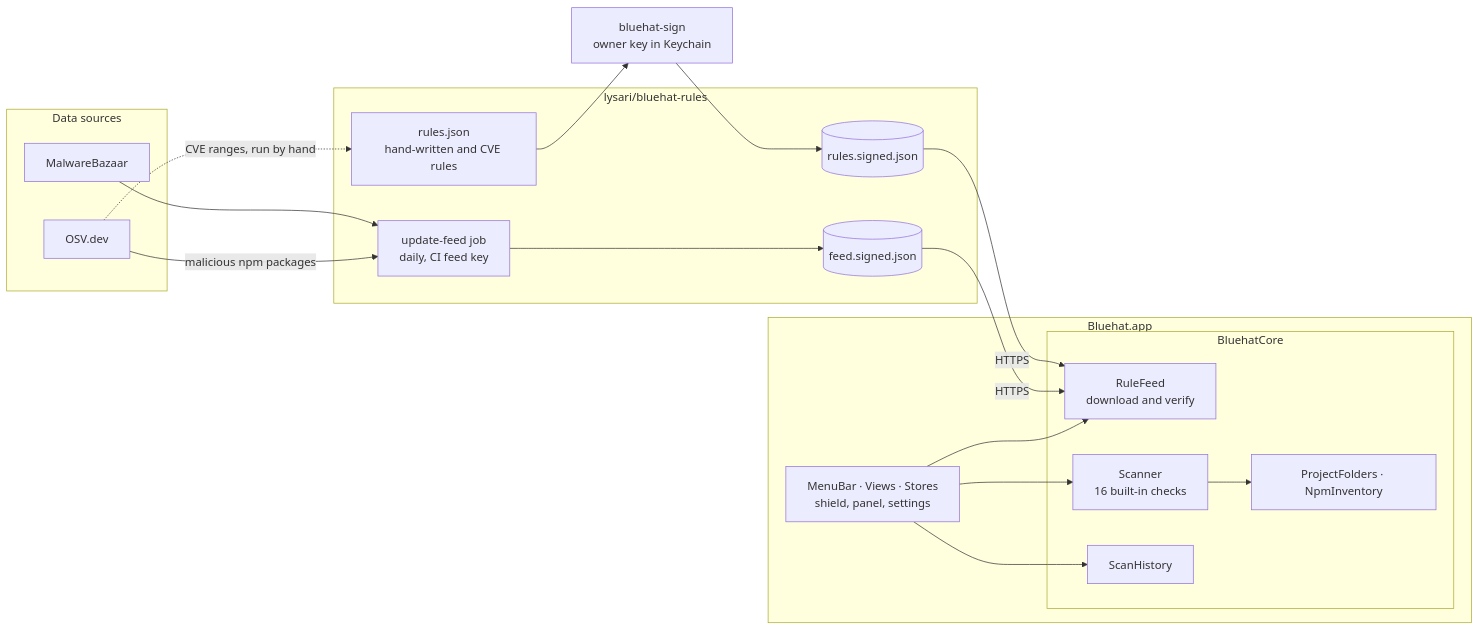
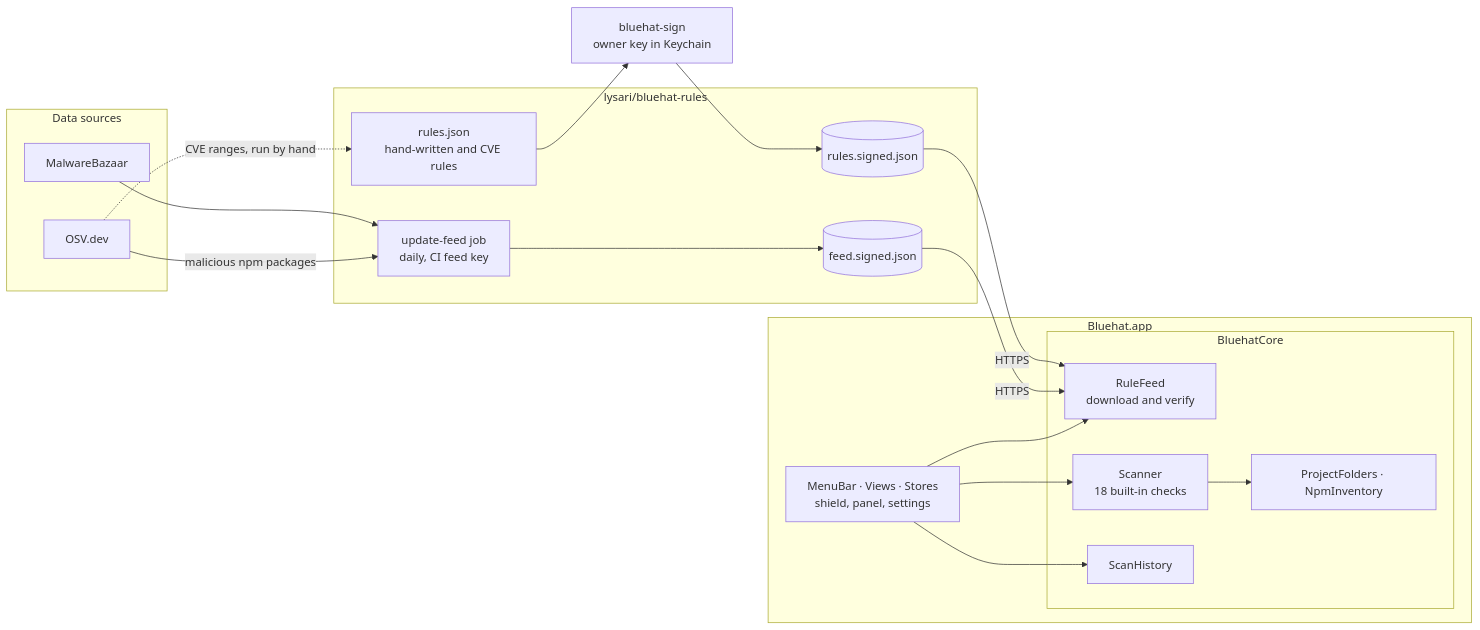
One commit to lysari/bluehat changed the diagram in README.md. Above: the diagram before and after it, drawn with Mermaid. The commit also changed other lines of this file and 17 other files, not shown here.

First line of the commit message:
feat(scanner): add systemExtension and xprotect checks

````diff
--- a/README.md
+++ b/README.md
@@ -200,34 +202,34 @@
 ```mermaid
 flowchart LR
     subgraph Sources["Data sources"]
         MB["MalwareBazaar"]
         OSV["OSV.dev"]
     end
     subgraph RulesRepo["lysari/bluehat-rules"]
         RJ["rules.json<br/>hand-written and CVE rules"]
         CI["update-feed job<br/>daily, CI feed key"]
         RS[("rules.signed.json")]
         FS[("feed.signed.json")]
     end
     Sign["bluehat-sign<br/>owner key in Keychain"]
     subgraph App["Bluehat.app"]
         UI["MenuBar · Views · Stores<br/>shield, panel, settings"]
         subgraph Core["BluehatCore"]
             Feed["RuleFeed<br/>download and verify"]
-            Scan["Scanner<br/>16 built-in checks"]
+            Scan["Scanner<br/>18 built-in checks"]
             Inv["ProjectFolders · NpmInventory"]
             Hist["ScanHistory"]
         end
     end
     MB --> CI
     OSV -->|malicious npm packages| CI
     OSV -.->|CVE ranges, run by hand| RJ
     CI --> FS
     RJ --> Sign --> RS
     RS -->|HTTPS| Feed
     FS -->|HTTPS| Feed
     UI --> Feed
     UI --> Scan
     UI --> Hist
     Scan --> Inv
 ```
````
